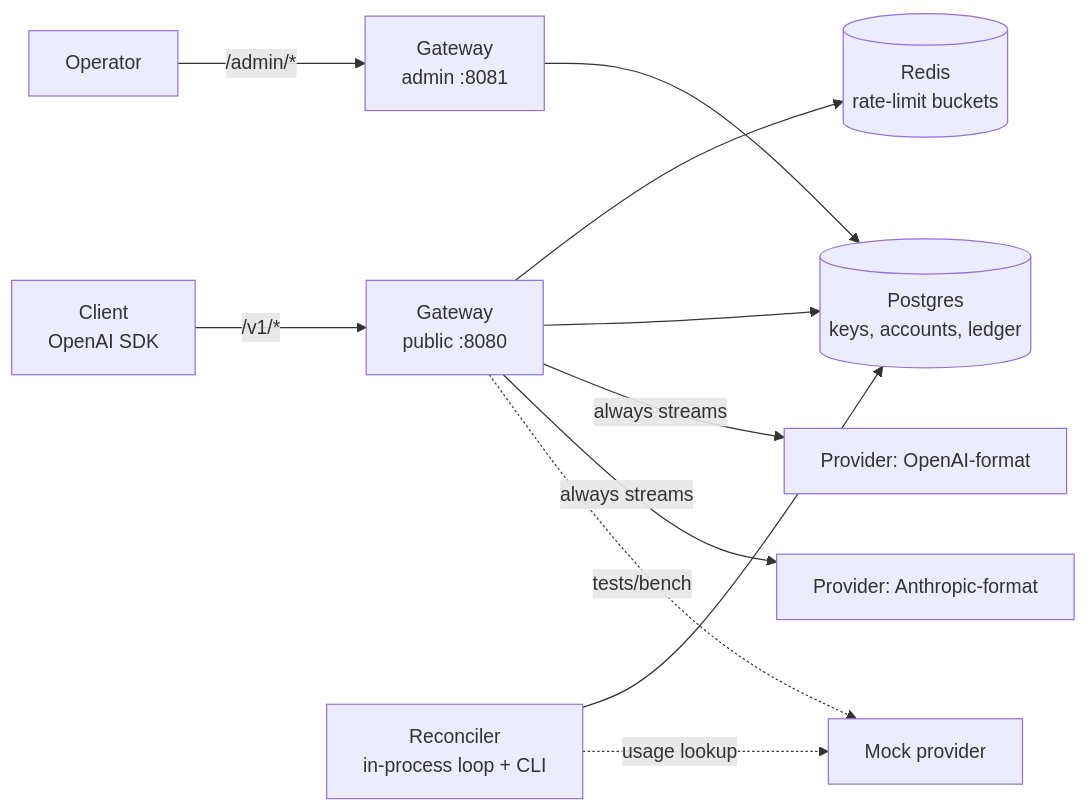
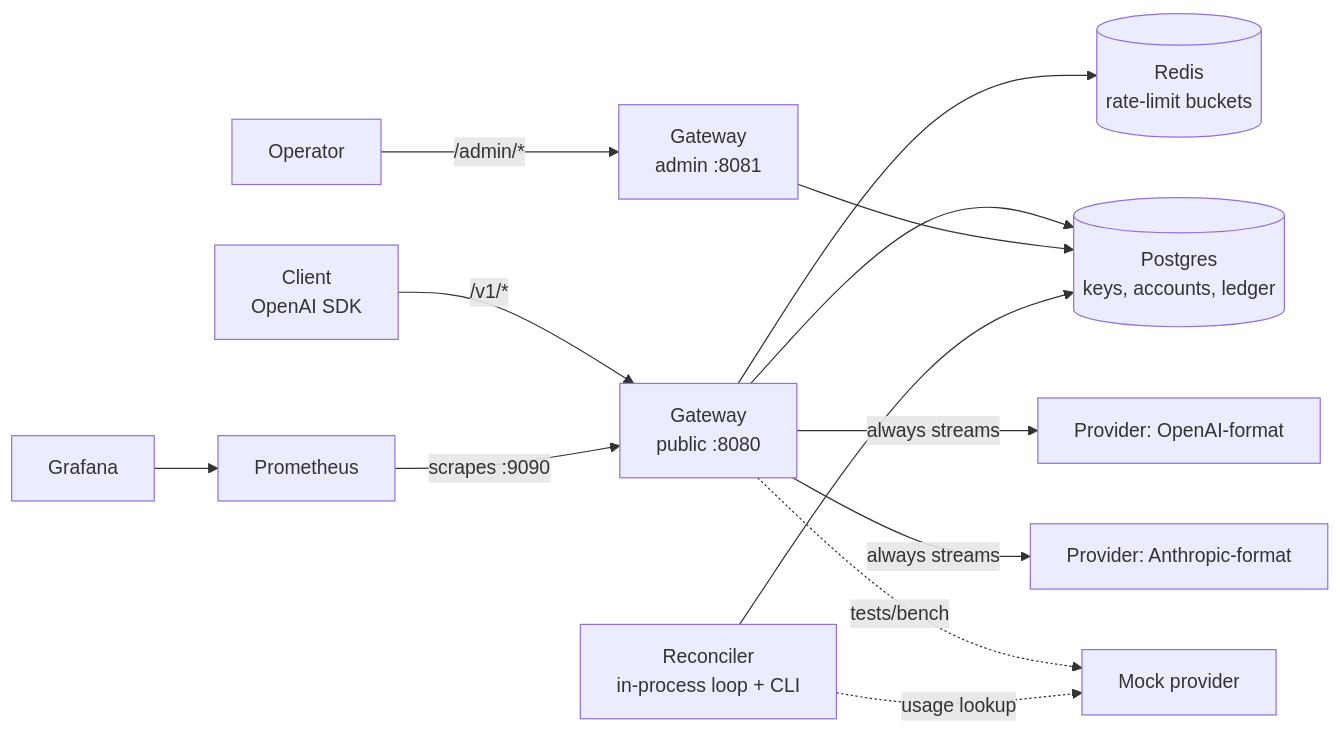
Before and after one commit to SamirVarma01/Multi-Provider-LLM-Gateway: the first of 3 diagrams in docs/design.md, drawn with Mermaid. The commit also changed other lines of this file, not shown here.

````diff
--- a/docs/design.md
+++ b/docs/design.md
@@ -22,13 +22,15 @@
 ```mermaid
 flowchart LR
   C[Client<br/>OpenAI SDK] -->|/v1/*| G[Gateway<br/>public :8080]
   A[Operator] -->|/admin/*| GA[Gateway<br/>admin :8081]
   G --> R[(Redis<br/>rate-limit buckets)]
   G --> P[(Postgres<br/>keys, accounts, ledger)]
   GA --> P
   G -->|always streams| U1[Provider: OpenAI-format]
   G -->|always streams| U2[Provider: Anthropic-format]
   G -.tests/bench.-> M[Mock provider]
   REC[Reconciler<br/>in-process loop + CLI] --> P
   REC -.usage lookup.-> M
+  PR[Prometheus] -->|scrapes :9090| G
+  GR[Grafana] --> PR
 ```
````
